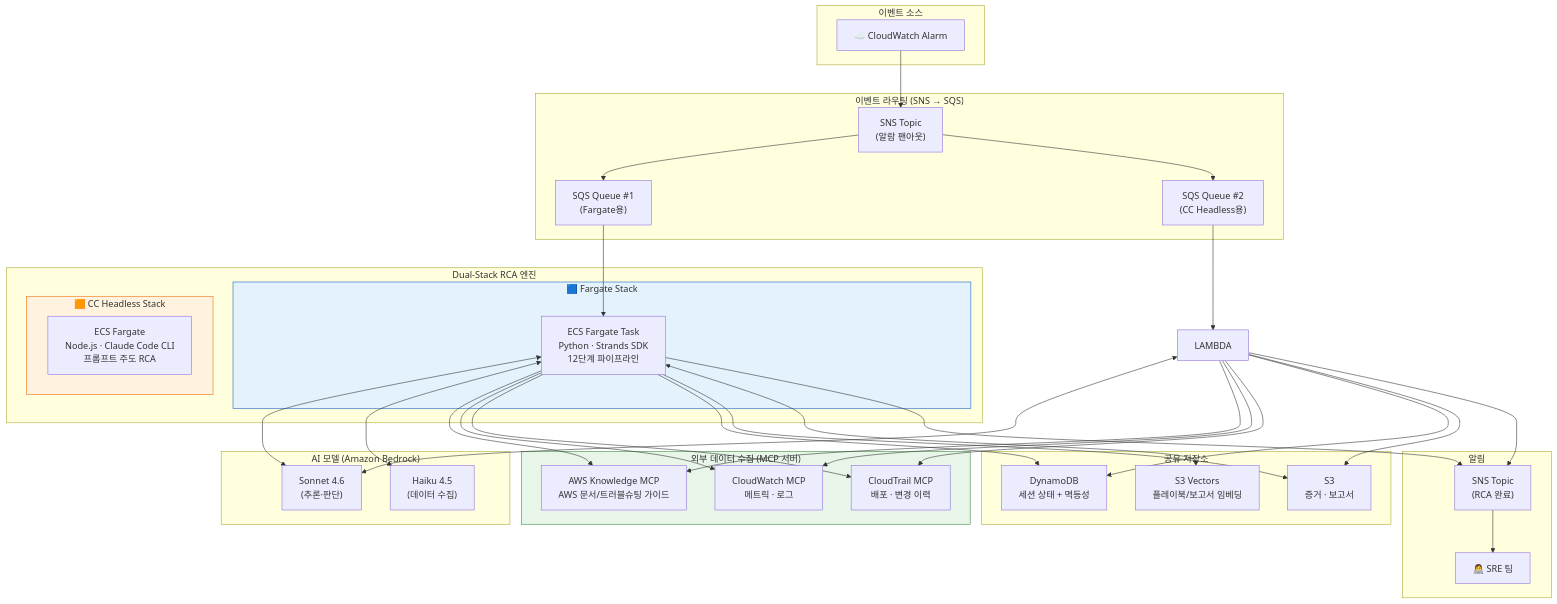
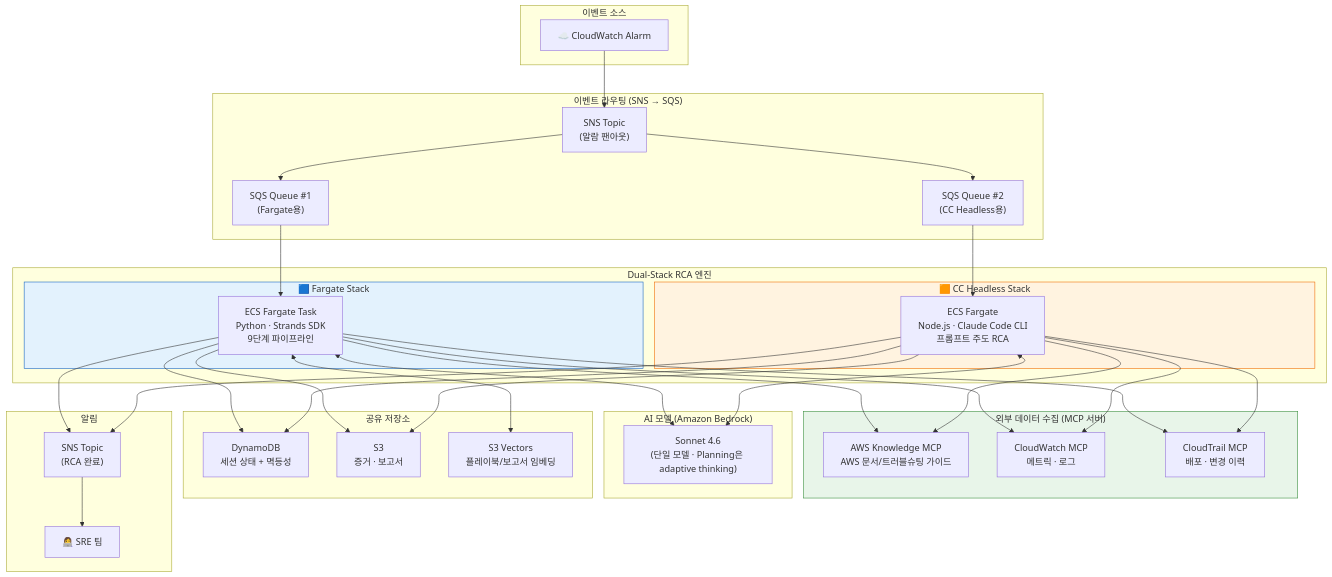
One commit to haandol/rca-agent changed the second of 22 diagrams in docs/system-guide-for-ops.md. Above: the diagram before and after it, drawn with Mermaid. The commit also changed other lines of this file and 9 other files, not shown here.

````diff
--- a/docs/system-guide-for-ops.md
+++ b/docs/system-guide-for-ops.md
@@ -46,72 +46,70 @@
 ```mermaid
 graph TB
     subgraph EventSource["이벤트 소스"]
         CW["☁️ CloudWatch Alarm"]
     end
 
     subgraph Routing["이벤트 라우팅 (SNS → SQS)"]
         SNS["SNS Topic<br/>(알람 팬아웃)"]
         SQS_F["SQS Queue #1<br/>(Fargate용)"]
         SQS_L["SQS Queue #2<br/>(CC Headless용)"]
     end
 
     subgraph DualStack["Dual-Stack RCA 엔진"]
         subgraph FargateStack["🟦 Fargate Stack"]
-            ECS["ECS Fargate Task<br/>Python · Strands SDK<br/>12단계 파이프라인"]
+            ECS["ECS Fargate Task<br/>Python · Strands SDK<br/>9단계 파이프라인"]
         end
         subgraph CcHeadlessStack["🟧 CC Headless Stack"]
             CCFARGATE["ECS Fargate<br/>Node.js · Claude Code CLI<br/>프롬프트 주도 RCA"]
         end
     end
 
     subgraph Tools["외부 데이터 수집 (MCP 서버)"]
         AK["AWS Knowledge MCP<br/>AWS 문서/트러블슈팅 가이드"]
         CW_MCP["CloudWatch MCP<br/>메트릭 · 로그"]
         CT_MCP["CloudTrail MCP<br/>배포 · 변경 이력"]
     end
 
     subgraph LLM["AI 모델 (Amazon Bedrock)"]
-        SONNET["Sonnet 4.6<br/>(추론·판단)"]
-        HAIKU["Haiku 4.5<br/>(데이터 수집)"]
+        SONNET["Sonnet 4.6<br/>(단일 모델 · Planning은 adaptive thinking)"]
     end
 
     subgraph SharedStorage["공유 저장소"]
         DDB["DynamoDB<br/>세션 상태 + 멱등성"]
         S3["S3<br/>증거 · 보고서"]
         S3V["S3 Vectors<br/>플레이북/보고서 임베딩"]
     end
 
     subgraph Notify["알림"]
         SNS_OUT["SNS Topic<br/>(RCA 완료)"]
         SRE["👩‍💻 SRE 팀"]
     end
 
     CW --> SNS
     SNS --> SQS_F --> ECS
-    SNS --> SQS_L --> LAMBDA
+    SNS --> SQS_L --> CCFARGATE
 
     ECS <--> SONNET
-    ECS <--> HAIKU
-    LAMBDA <--> SONNET
+    CCFARGATE <--> SONNET
 
     ECS --> AK
     ECS --> CW_MCP
     ECS --> CT_MCP
-    LAMBDA --> AK
-    LAMBDA --> CW_MCP
-    LAMBDA --> CT_MCP
+    CCFARGATE --> AK
+    CCFARGATE --> CW_MCP
+    CCFARGATE --> CT_MCP
 
     ECS --> DDB
     ECS --> S3
     ECS <--> S3V
-    LAMBDA --> DDB
-    LAMBDA --> S3
+    CCFARGATE --> DDB
+    CCFARGATE --> S3
 
     ECS --> SNS_OUT
-    LAMBDA --> SNS_OUT
+    CCFARGATE --> SNS_OUT
     SNS_OUT --> SRE
 
     style FargateStack fill:#e3f2fd,stroke:#1565c0
     style CcHeadlessStack fill:#fff3e0,stroke:#ef6c00
     style Tools fill:#e8f5e9,stroke:#388e3c
 ```
````
